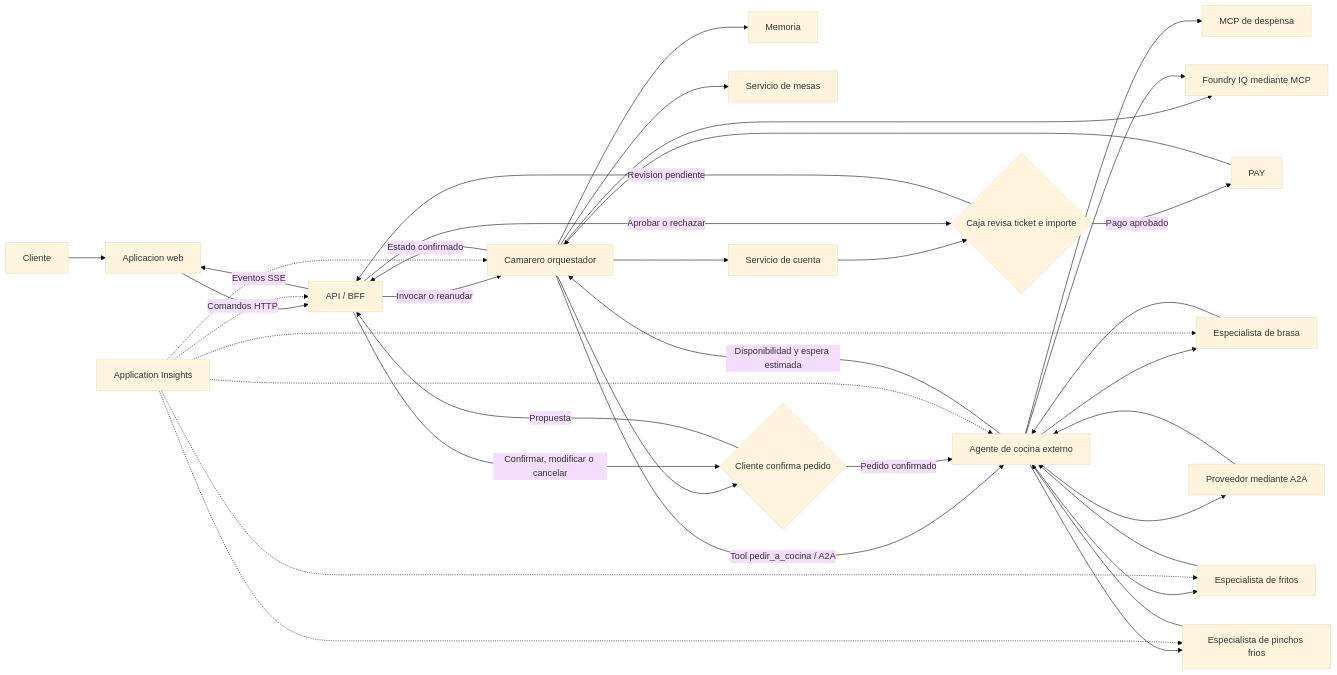
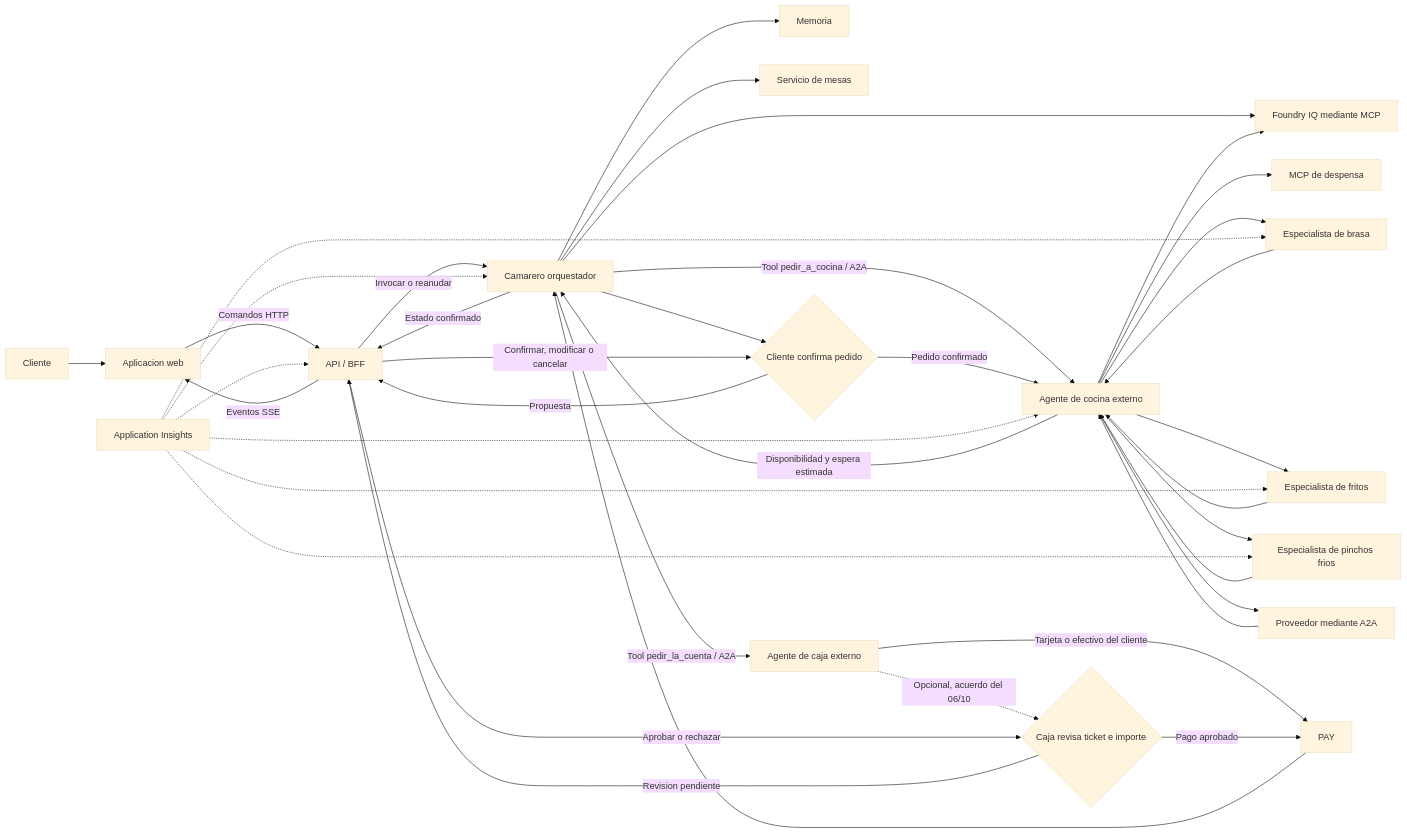
The diagram in SPECS.md (dsanchor/morcillaconf), drawn with Mermaid (base theme) before and after one commit. The commit also changed other lines of this file and 4 other files, not shown here.

````diff
--- a/SPECS.md
+++ b/SPECS.md
@@ -423,43 +428,44 @@
 ```mermaid
 flowchart LR
     U[Cliente] --> UI[Aplicacion web]
     UI -->|Comandos HTTP| BFF[API / BFF]
     BFF -->|Invocar o reanudar| W[Camarero orquestador]
     W -->|Estado confirmado| BFF
     BFF -->|Eventos SSE| UI
 
     W --> MEM[Memoria]
     W --> MENU[Foundry IQ mediante MCP]
     W --> TABLES[Servicio de mesas]
     W -->|Tool pedir_a_cocina / A2A| CHEF[Agente de cocina externo]
-    W --> BILL[Servicio de cuenta]
+    W -->|Tool pedir_la_cuenta / A2A| BILL[Agente de caja externo]
 
     CHEF --> PANTRY[MCP de despensa]
     CHEF --> GRILL[Especialista de brasa]
     CHEF --> FRY[Especialista de fritos]
     CHEF --> COLD[Especialista de pinchos frios]
     CHEF --> SUPPLIER[Proveedor mediante A2A]
     CHEF --> MENU
     W --> ORDER_DECISION{Cliente confirma pedido}
 
     GRILL --> CHEF
     FRY --> CHEF
     COLD --> CHEF
     SUPPLIER --> CHEF
     ORDER_DECISION -->|Propuesta| BFF
     BFF -->|Confirmar, modificar o cancelar| ORDER_DECISION
     ORDER_DECISION -->|Pedido confirmado| CHEF
     CHEF -->|Disponibilidad y espera estimada| W
-    BILL --> PAYMENT_HITL{Caja revisa ticket e importe}
+    BILL -.->|Opcional, acuerdo del 06/10| PAYMENT_HITL{Caja revisa ticket e importe}
+    BILL -->|Tarjeta o efectivo del cliente| PAY
     PAYMENT_HITL -->|Revision pendiente| BFF
     BFF -->|Aprobar o rechazar| PAYMENT_HITL
     PAYMENT_HITL -->|Pago aprobado| PAY
     PAY --> W
 
     OBS[Application Insights] -.-> BFF
     OBS -.-> W
     OBS -.-> CHEF
     OBS -.-> GRILL
     OBS -.-> FRY
     OBS -.-> COLD
 ```
````
